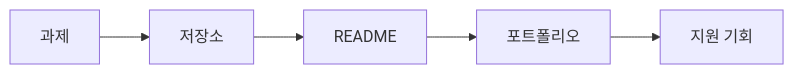
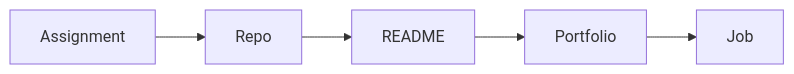
One commit to yeongseon-books/book-content changed the diagram in content/computer-science-major-101/ko/09-build-your-portfolio.md. Above: the diagram before and after it, drawn with Mermaid. The commit also changed other lines of this file and 9 other files, not shown here.

````diff
--- a/content/computer-science-major-101/ko/09-build-your-portfolio.md
+++ b/content/computer-science-major-101/ko/09-build-your-portfolio.md
@@ -55,7 +50,7 @@
 ```mermaid
 flowchart LR
-    A[과제] --> R[저장소]
+    A[Assignment] --> R[Repo]
     R --> D[README]
-    D --> P[포트폴리오]
-    P --> J[지원 기회]
+    D --> P[Portfolio]
+    P --> J[Job]
 ```
````
